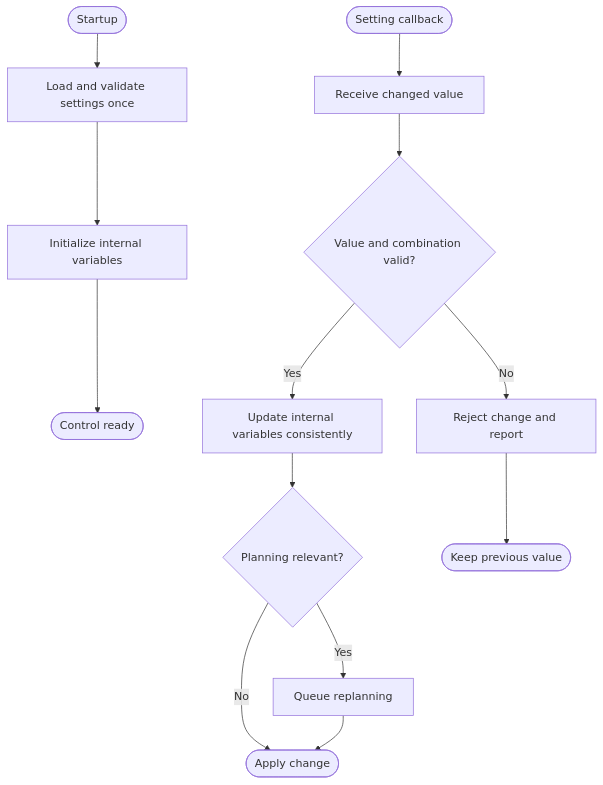
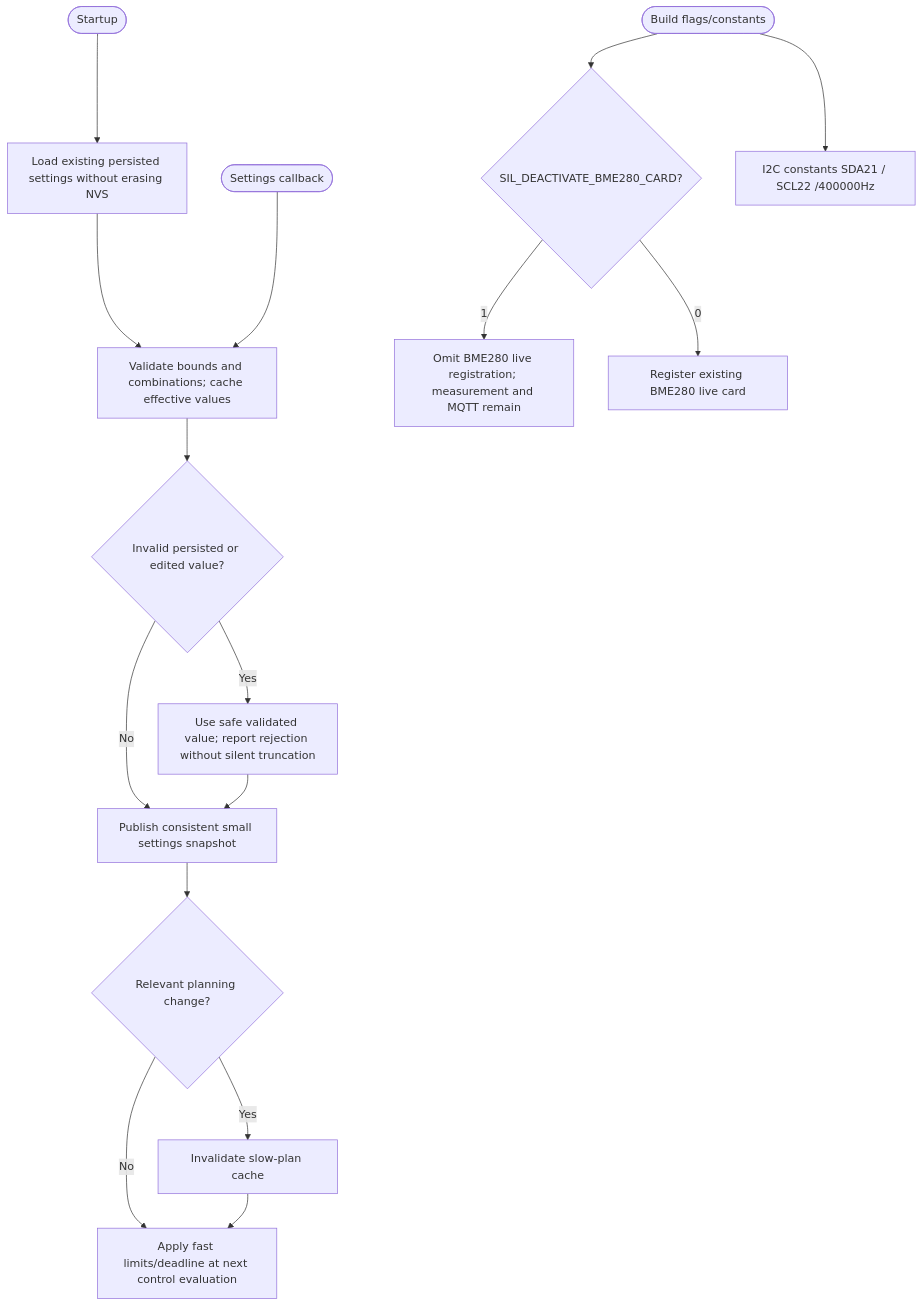
Before and after one commit to vitalyruhl/SolarInverterLimiter: the diagram in docs/control-planning/09-settings-callbacks.md, drawn with Mermaid. The commit also changed other lines of this file and 20 other files, not shown here.

````diff
--- a/docs/control-planning/09-settings-callbacks.md
+++ b/docs/control-planning/09-settings-callbacks.md
@@ -18,15 +12,18 @@
 ```mermaid
 flowchart TD
- A([Startup]) --> B[Load and validate settings once]
- B --> C[Initialize internal variables]
- C --> D([Control ready])
- E([Setting callback]) --> F[Receive changed value]
- F --> G{Value and combination valid?}
- G -- No --> H[Reject change and report]
- G -- Yes --> I[Update internal variables consistently]
- I --> J{Planning relevant?}
- J -- Yes --> K[Queue replanning]
- J -- No --> L([Apply change])
- K --> L
- H --> M([Keep previous value])
+  BOOT([Startup]) --> LOAD["Load existing persisted settings without erasing NVS"]
+  LOAD --> CHECK["Validate bounds and combinations; cache effective values"]
+  EDIT([Settings callback]) --> CHECK
+  CHECK --> BAD{Invalid persisted or edited value?}
+  BAD -- Yes --> SAFE["Use safe validated value; report rejection without silent truncation"]
+  BAD -- No --> CACHE["Publish consistent small settings snapshot"]
+  SAFE --> CACHE
+  CACHE --> REPLAN{Relevant planning change?}
+  REPLAN -- Yes --> DIRTY["Invalidate slow-plan cache"]
+  REPLAN -- No --> FAST["Apply fast limits/deadline at next control evaluation"]
+  DIRTY --> FAST
+  BUILD([Build flags/constants]) --> CARD{SIL_DEACTIVATE_BME280_CARD?}
+  CARD -- 1 --> HIDE["Omit BME280 live registration; measurement and MQTT remain"]
+  CARD -- 0 --> SHOW["Register existing BME280 live card"]
+  BUILD --> I2C["I2C constants SDA21 / SCL22 /400000Hz"]
 ```
````
